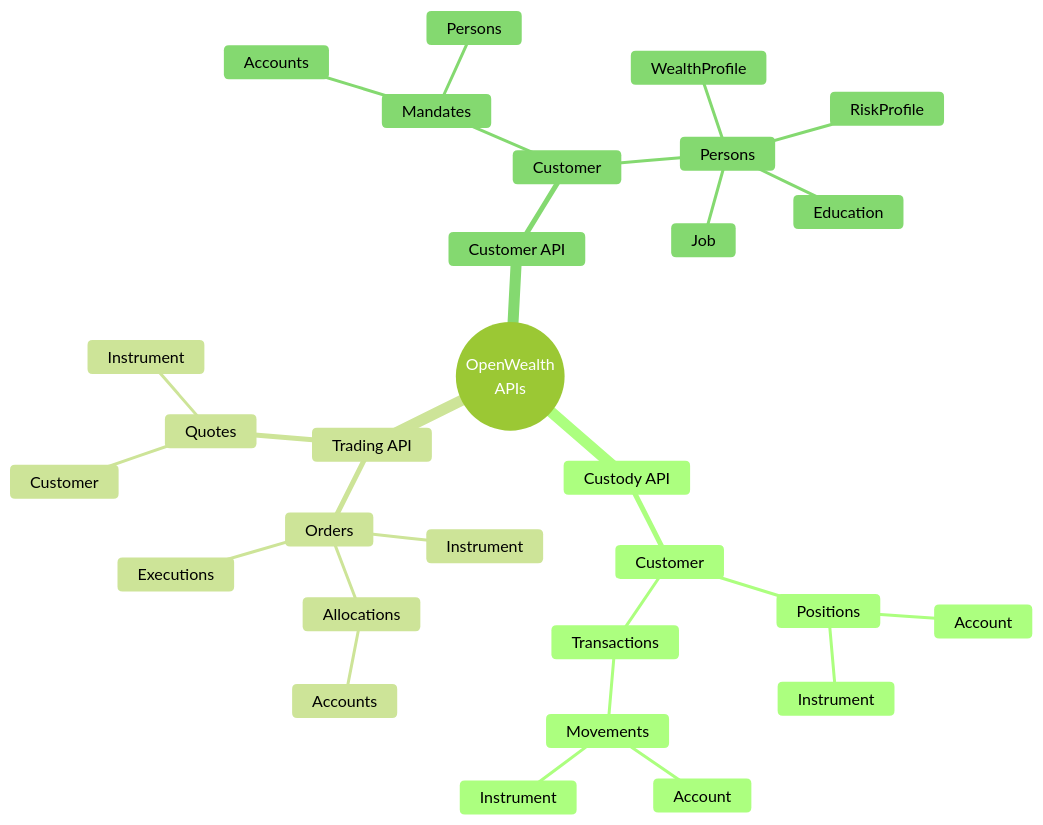
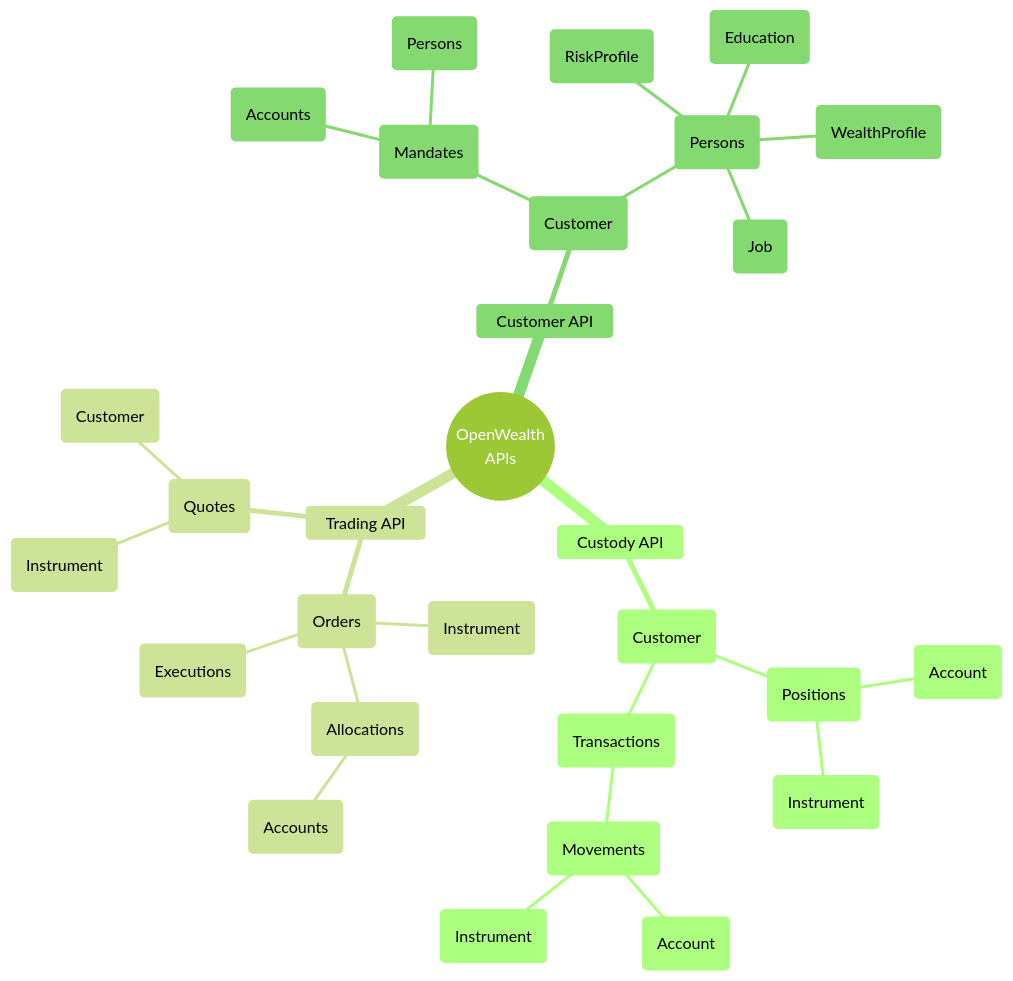
The second of 2 diagrams in README.md (OpenWealth/OpenWealth), drawn with Mermaid (forest theme) before and after one commit. The commit also changed other lines of this file, not shown here.

Commit message:
Fixes mermaid

````diff
--- a/README.md
+++ b/README.md
@@ -64,33 +64,33 @@
 ```mermaid
 mindmap
   root((OpenWealth<br/>APIs))
     Custody API
-        Customer
-            Positions
-                Account
-                Instrument
-            Transactions
-                Movements
-                    Account
-                    Instrument
+        id(Customer)
+            id(Positions)
+                id(Account)
+                id(Instrument)
+            id(Transactions)
+                id(Movements)
+                    id(Account)
+                    id(Instrument)
     Trading API
-        Orders
-            Instrument
-            Allocations
-                Accounts
-            Executions 
-        Quotes
-            Instrument
-            Customer
+        id(Orders)
+            id(Instrument)
+            id(Allocations)
+                id(Accounts)
+            id(Executions)
+        id(Quotes)
+            id(Instrument)
+            id(Customer)
     Customer API
-        Customer
-            Mandates
-                Accounts
-                Persons
-            Persons
-                WealthProfile
-                RiskProfile
-                Job
-                Education
+        id(Customer)
+            id(Mandates)
+                id(Accounts)
+                id(Persons)
+            id(Persons)
+                id(WealthProfile)
+                id(RiskProfile)
+                id(Job)
+                id(Education)
 
 ```
````
